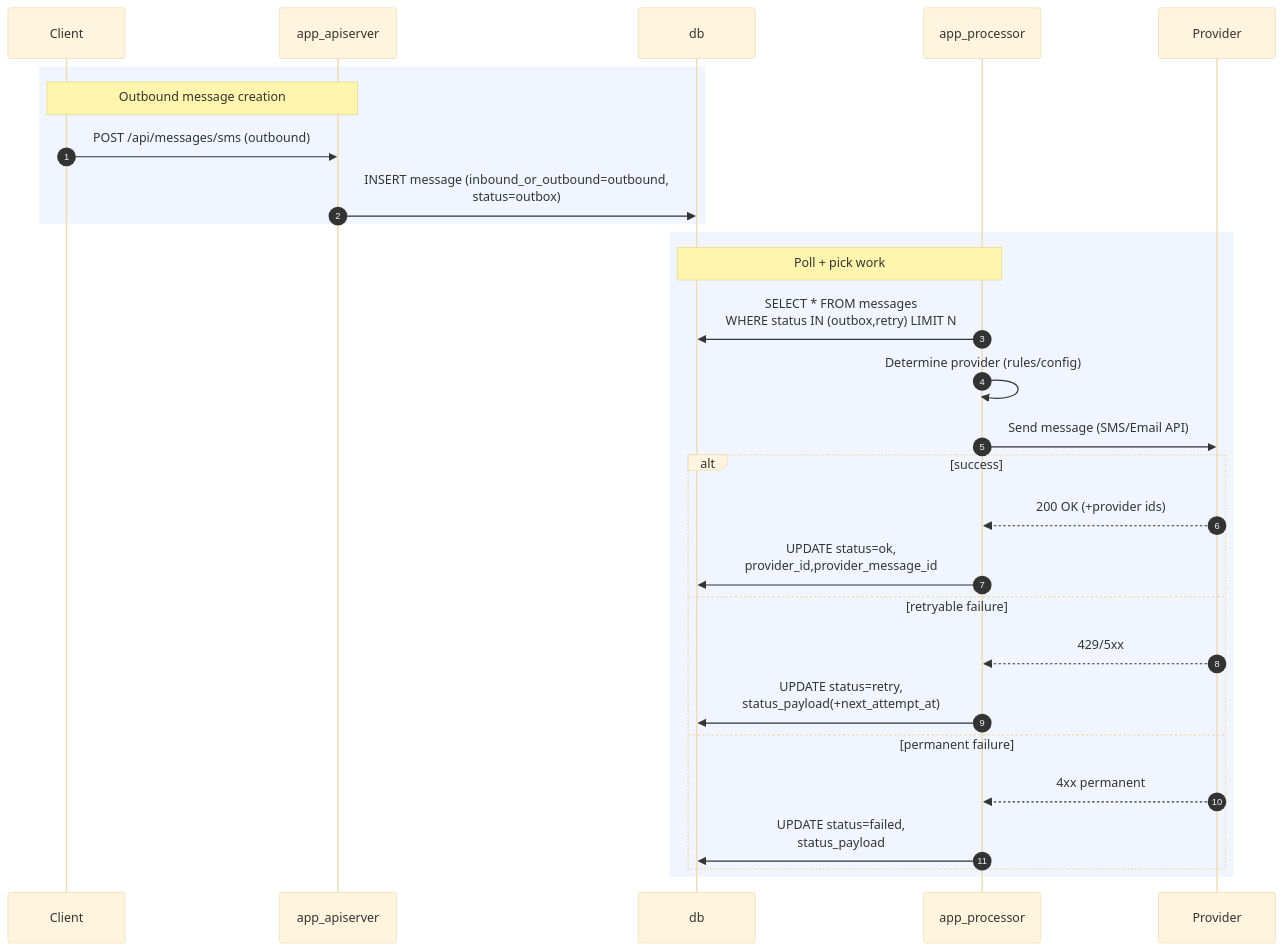
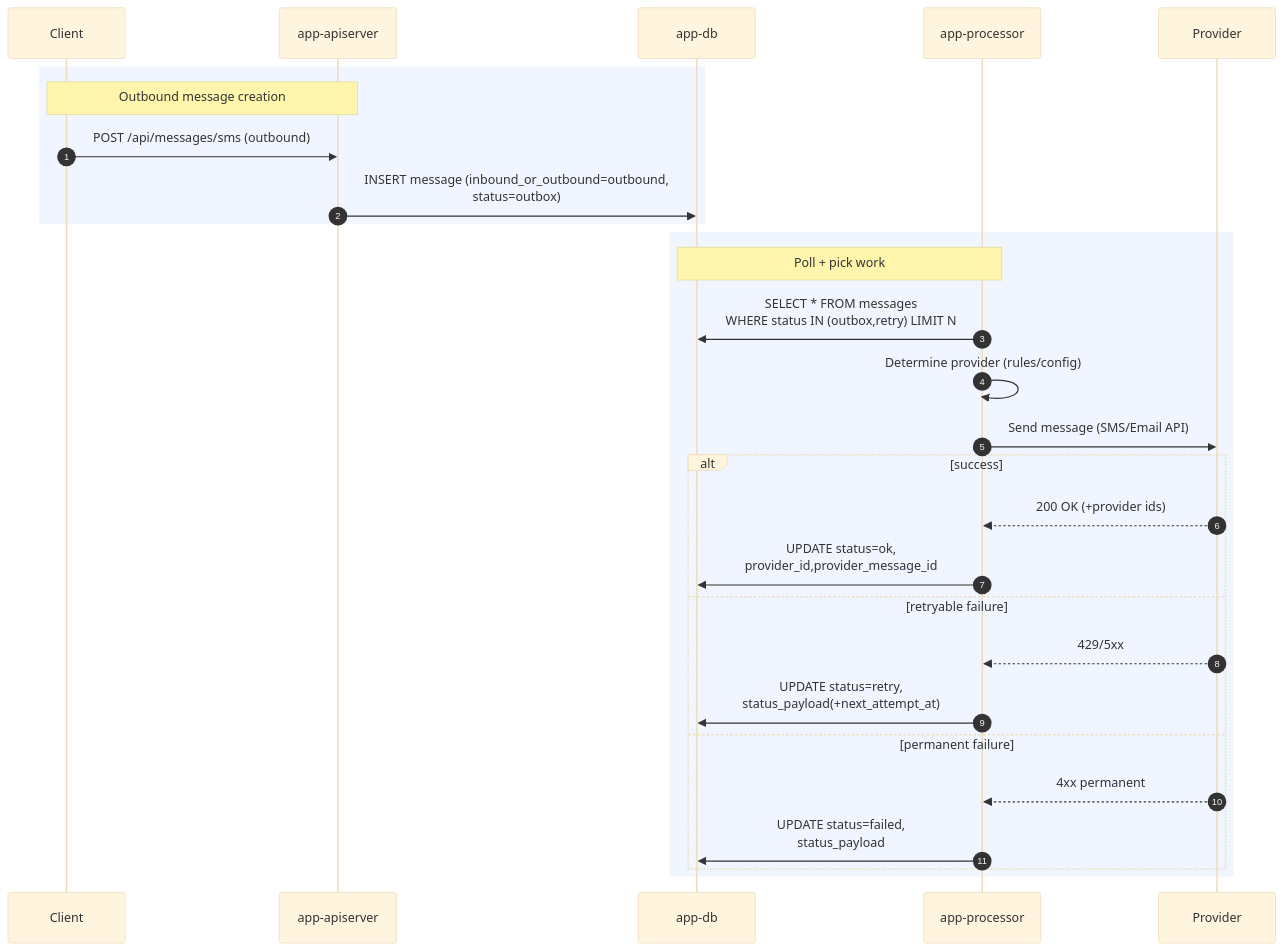
Before and after one commit to rdavison/messaging-service: the second of 3 diagrams in README.md, drawn with Mermaid (base theme). The commit also changed other lines of this file, not shown here.

````diff
--- a/README.md
+++ b/README.md
@@ -74,32 +74,32 @@
 ```mermaid
 sequenceDiagram
   autonumber
   participant C as Client
-  participant A as app_apiserver
-  participant D as db
-  participant P as app_processor
+  participant A as app-apiserver
+  participant D as app-db
+  participant P as app-processor
   participant V as Provider
 
   rect rgb(240,245,255)
   Note over C,A: Outbound message creation
   C->>A: POST /api/messages/sms (outbound)
   A->>D: INSERT message (inbound_or_outbound=outbound,<br/>status=outbox)
   end
 
   rect rgb(240,245,255)
   Note over P,D: Poll + pick work
   P->>D: SELECT * FROM messages<br/>WHERE status IN (outbox,retry) LIMIT N
   P->>P: Determine provider (rules/config)
   P->>V: Send message (SMS/Email API)
   alt success
     V-->>P: 200 OK (+provider ids)
     P->>D: UPDATE status=ok,<br/>provider_id,provider_message_id
   else retryable failure
     V-->>P: 429/5xx
     P->>D: UPDATE status=retry,<br/>status_payload(+next_attempt_at)
   else permanent failure
     V-->>P: 4xx permanent
     P->>D: UPDATE status=failed,<br/>status_payload
   end
   end
 ```
````
